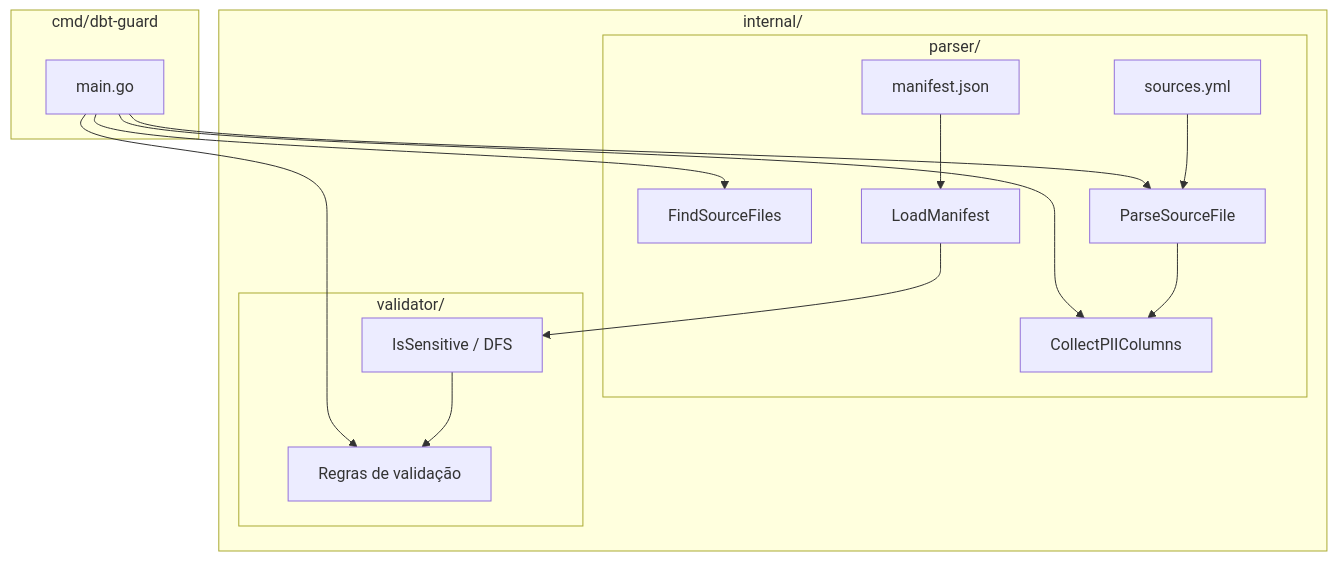
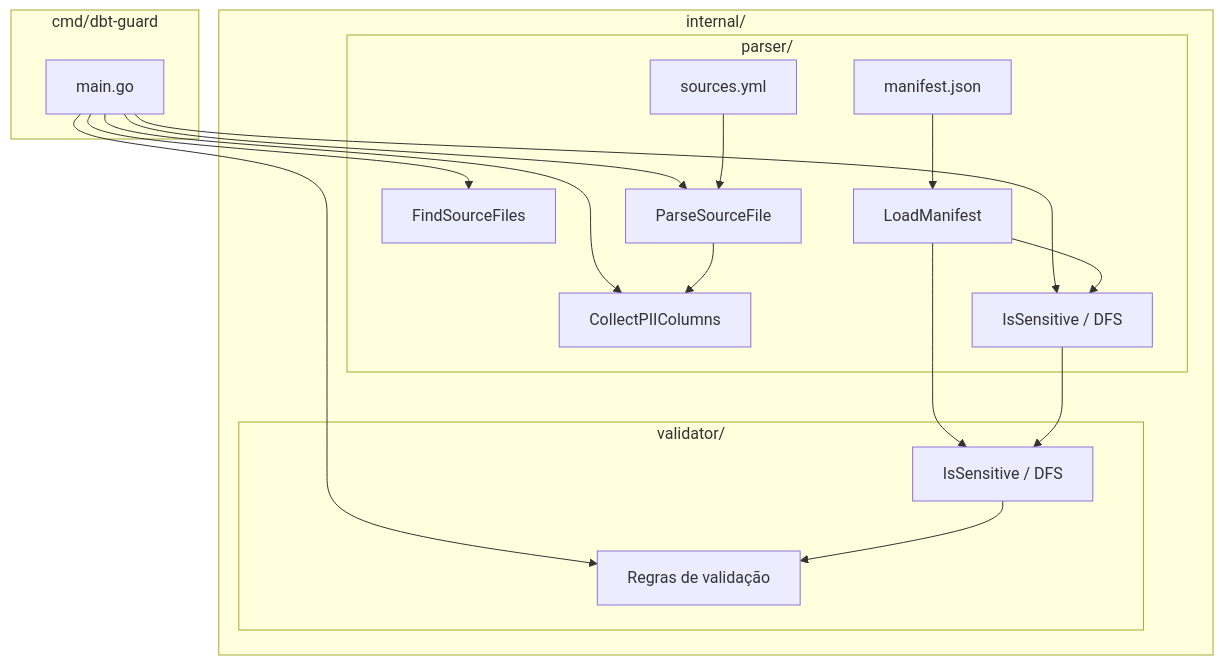
The second of 8 diagrams in docs/README.md (renatoprovi/dbt-guard), drawn with Mermaid before and after one commit. The commit also changed other lines of this file and 12 other files, not shown here.

````diff
--- a/docs/README.md
+++ b/docs/README.md
@@ -34,31 +34,35 @@
 ```mermaid
 flowchart TB
     subgraph CLI["cmd/dbt-guard"]
         M[main.go]
     end
 
     subgraph Internal["internal/"]
         subgraph Parser["parser/"]
             P1[sources.yml]
             P2[manifest.json]
             P3[FindSourceFiles]
             P4[ParseSourceFile]
             P5[LoadManifest]
             P6[CollectPIIColumns]
+            P7[IsSensitive / DFS]
         end
         subgraph Validator["validator/"]
             V1[Regras de validação]
             V2[IsSensitive / DFS]
         end
     end
 
     M --> P3
     M --> P4
     M --> P6
+    M --> P7
     M --> V1
     P1 --> P4
     P2 --> P5
+    P5 --> P7
     P5 --> V2
+    P7 --> V2
     P4 --> P6
     V2 --> V1
 ```
````
